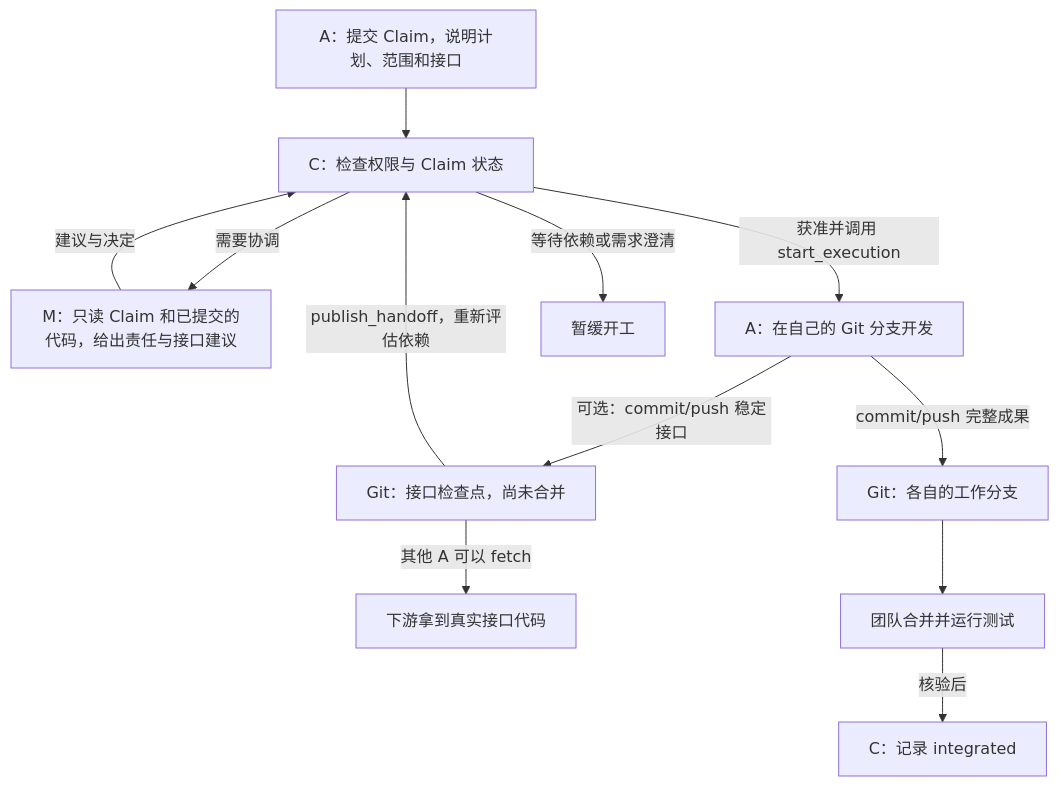
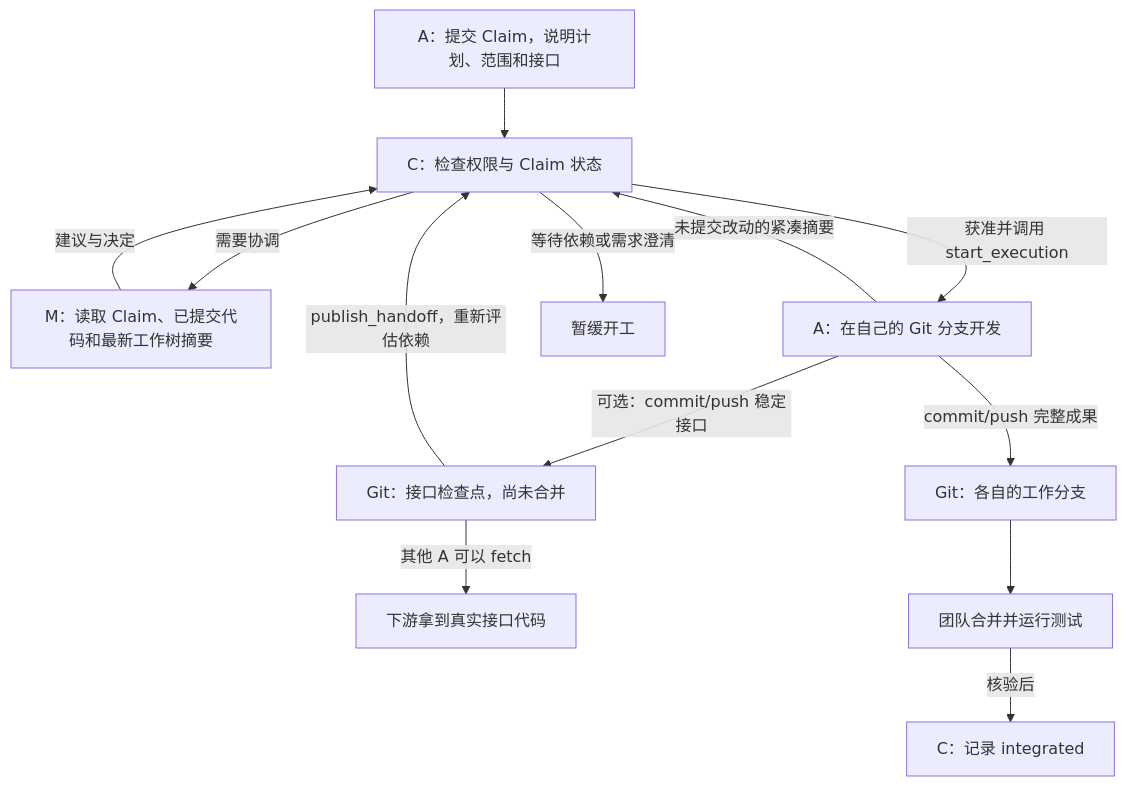
One commit to yigezong/tca changed the diagram in README_zh.md. Above: the diagram before and after it, drawn with Mermaid. The commit also changed other lines of this file and 15 other files, not shown here.

````diff
--- a/README_zh.md
+++ b/README_zh.md
@@ -26,14 +26,15 @@
 ```mermaid
 flowchart TD
     A["A：提交 Claim，说明计划、范围和接口"] --> C["C：检查权限与 Claim 状态"]
-    C -->|需要协调| M["M：只读 Claim 和已提交的代码，给出责任与接口建议"]
+    C -->|需要协调| M["M：读取 Claim、已提交代码和最新工作树摘要"]
     M -->|建议与决定| C
     C -->|获准并调用 start_execution| D["A：在自己的 Git 分支开发"]
+    D -->|未提交改动的紧凑摘要| C
     C -->|等待依赖或需求澄清| W["暂缓开工"]
     D -->|可选：commit/push 稳定接口| H["Git：接口检查点，尚未合并"]
     H -->|publish_handoff，重新评估依赖| C
     H -->|其他 A 可以 fetch| R["下游拿到真实接口代码"]
     D -->|commit/push 完整成果| G["Git：各自的工作分支"]
     G --> I["团队合并并运行测试"]
     I -->|核验后| F["C：记录 integrated"]
 ```
````
